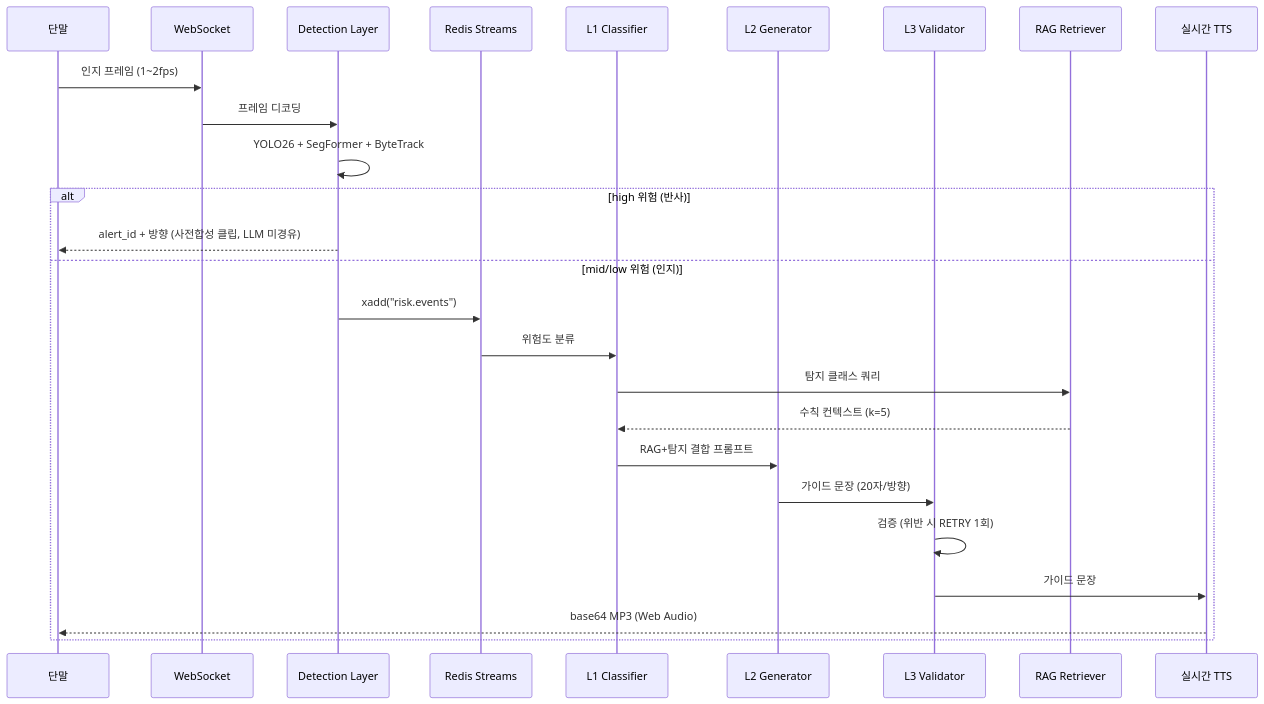
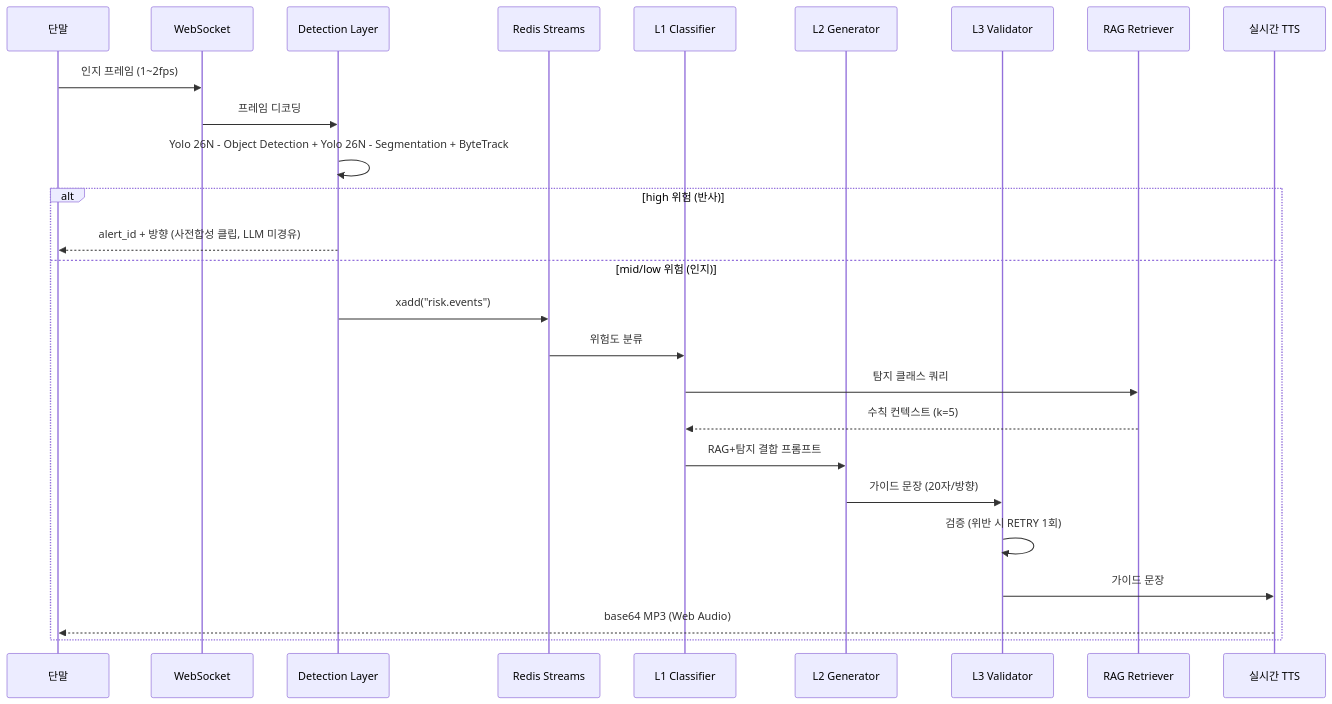
The second of 2 diagrams in docs/architecture.md (Groog-sudo/Minchodan), drawn with Mermaid before and after one commit. The commit also changed other lines of this file and 26 other files, not shown here.

````diff
--- a/docs/architecture.md
+++ b/docs/architecture.md
@@ -322,29 +321,29 @@
 ```mermaid
 sequenceDiagram
     participant Phone as 단말
     participant WS as WebSocket
     participant Det as Detection Layer
     participant Redis as Redis Streams
     participant L1 as L1 Classifier
     participant L2 as L2 Generator
     participant L3 as L3 Validator
     participant RAG as RAG Retriever
     participant TTS as 실시간 TTS
 
     Phone->>WS: 인지 프레임 (1~2fps)
     WS->>Det: 프레임 디코딩
-    Det->>Det: YOLO26 + SegFormer + ByteTrack
+    Det->>Det: Yolo 26N - Object Detection + Yolo 26N - Segmentation + ByteTrack
     alt high 위험 (반사)
         Det-->>Phone: alert_id + 방향 (사전합성 클립, LLM 미경유)
     else mid/low 위험 (인지)
         Det->>Redis: xadd("risk.events")
         Redis->>L1: 위험도 분류
         L1->>RAG: 탐지 클래스 쿼리
         RAG-->>L1: 수칙 컨텍스트 (k=5)
         L1->>L2: RAG+탐지 결합 프롬프트
         L2->>L3: 가이드 문장 (20자/방향)
         L3->>L3: 검증 (위반 시 RETRY 1회)
         L3->>TTS: 가이드 문장
         TTS-->>Phone: base64 MP3 (Web Audio)
     end
 ```
````
